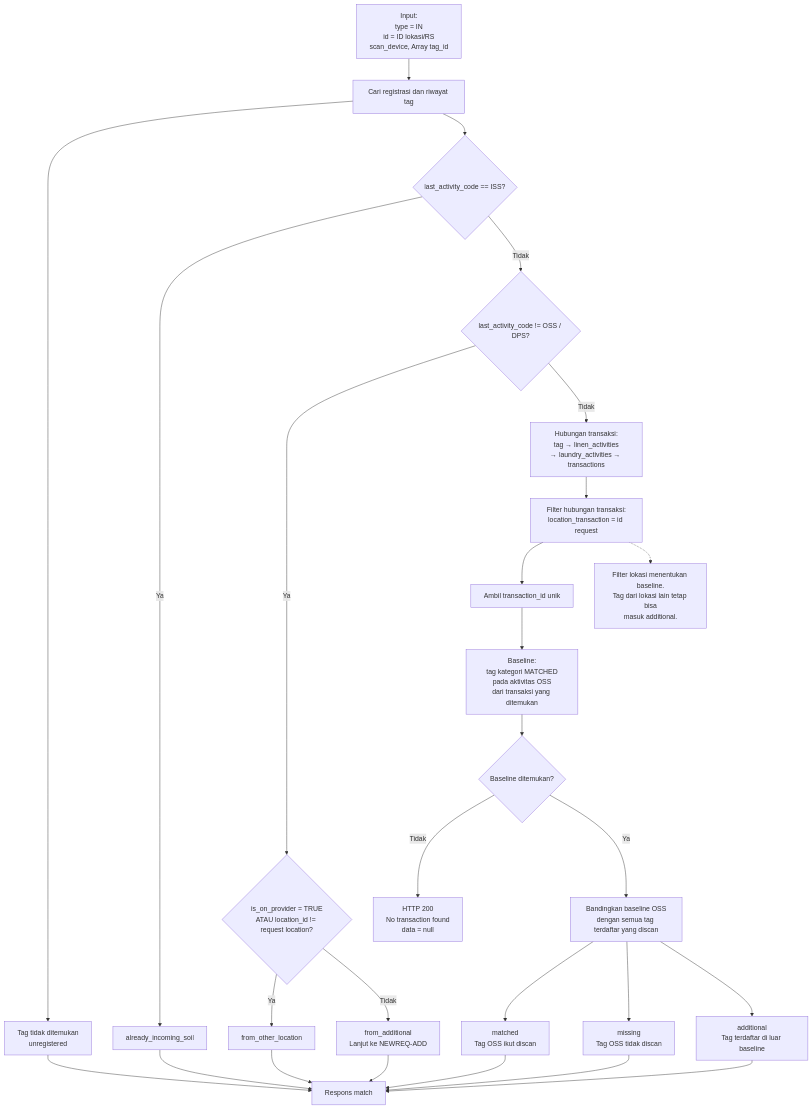
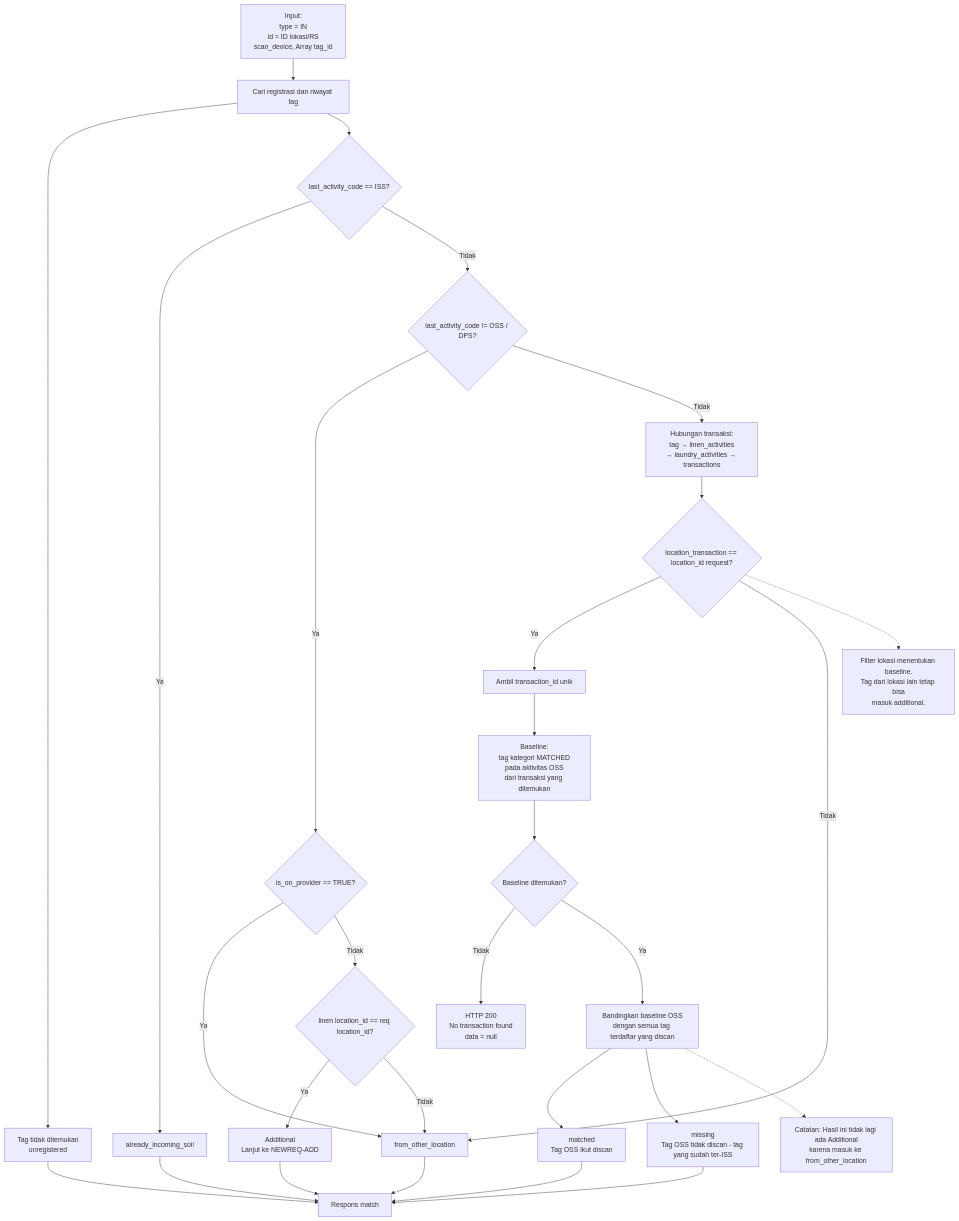
The first of 3 diagrams in laundry-activities/incoming-soil.md (bagaskrmn/bac-flow-laundry), drawn with Mermaid before and after one commit.

````diff
--- a/laundry-activities/incoming-soil.md
+++ b/laundry-activities/incoming-soil.md
@@ -3,39 +3,41 @@
 ```mermaid
 flowchart TD
     N_IN["Input:<br/>type = IN<br/>id = ID lokasi/RS<br/>scan_device, Array tag_id"]
 
     N_IN --> N_LOOKUP["Cari registrasi dan riwayat tag"]
-    
+
     N_LOOKUP --> N_UNREG["Tag tidak ditemukan<br/>unregistered"]
     N_LOOKUP --> N_CHECK_ISS{"last_activity_code == ISS?"}
-    
+
     N_CHECK_ISS -->|Ya| N_ALREADY["already_incoming_soil"]
     N_CHECK_ISS -->|Tidak| N_CHECK_ACT{"last_activity_code != OSS / DPS?"}
-    
-    N_CHECK_ACT -->|Ya| N_CHECK_LOC{"is_on_provider = TRUE<br/>ATAU location_id != request location?"}
-    N_CHECK_LOC -->|Ya| N_OTHERLOC["from_other_location"]
-    N_CHECK_LOC -->|Tidak| N_ADD_NEWREQ["from_additional<br/>Lanjut ke NEWREQ-ADD"]
-    
+
+    N_CHECK_ACT -->|Ya| N_CHECK_PROV{"is_on_provider == TRUE?"}
+    N_CHECK_PROV -->|Ya| N_OTHERLOC["from_other_location"]
+    N_CHECK_PROV -->|Tidak| N_CHECK_LOC2{"linen location_id == req location_id?"}
+    N_CHECK_LOC2 -->|Ya| N_ADD_NEWREQ["Additional<br/>Lanjut ke NEWREQ-ADD"]
+    N_CHECK_LOC2 -->|Tidak| N_OTHERLOC
+
     N_CHECK_ACT -->|Tidak| N_HISTORY["Hubungan transaksi:<br/>tag → linen_activities<br/>→ laundry_activities → transactions"]
 
-    N_HISTORY --> N_FILTER["Filter hubungan transaksi:<br/>location_transaction = id request"]
-    N_FILTER --> N_IDS["Ambil transaction_id unik"]
+    N_HISTORY --> N_FILTER{"location_transaction == location_id request?"}
+    N_FILTER -->|Ya| N_IDS["Ambil transaction_id unik"]
+    N_FILTER -->|Tidak| N_OTHERLOC
     N_IDS --> N_BASE["Baseline:<br/>tag kategori MATCHED<br/>pada aktivitas OSS<br/>dari transaksi yang ditemukan"]
 
     N_BASE --> N_EXISTS{"Baseline ditemukan?"}
     N_EXISTS -->|Tidak| N_EMPTY["HTTP 200<br/>No transaction found<br/>data = null"]
     N_EXISTS -->|Ya| N_COMP["Bandingkan baseline OSS<br/>dengan semua tag terdaftar yang discan"]
 
     N_COMP --> N_MATCH["matched<br/>Tag OSS ikut discan"]
-    N_COMP --> N_MISS["missing<br/>Tag OSS tidak discan"]
-    N_COMP --> N_ADD["additional<br/>Tag terdaftar di luar baseline"]
+    N_COMP --> N_MISS["missing<br/>Tag OSS tidak discan - tag yang sudah ter-ISS"]
+    N_COMP -.-> N_ADDNOTE["Catatan: Hasil ini tidak lagi ada Additional<br/>karena masuk ke from_other_location"]
     N_MATCH --> N_RES["Respons match"]
     N_MISS --> N_RES
-    N_ADD --> N_RES
     N_UNREG --> N_RES
     N_ALREADY --> N_RES
     N_OTHERLOC --> N_RES
     N_ADD_NEWREQ --> N_RES
 
     N_FILTER -.-> N_LOCNOTE["Filter lokasi menentukan baseline.<br/>Tag dari lokasi lain tetap bisa<br/>masuk additional."]
 ```
````
